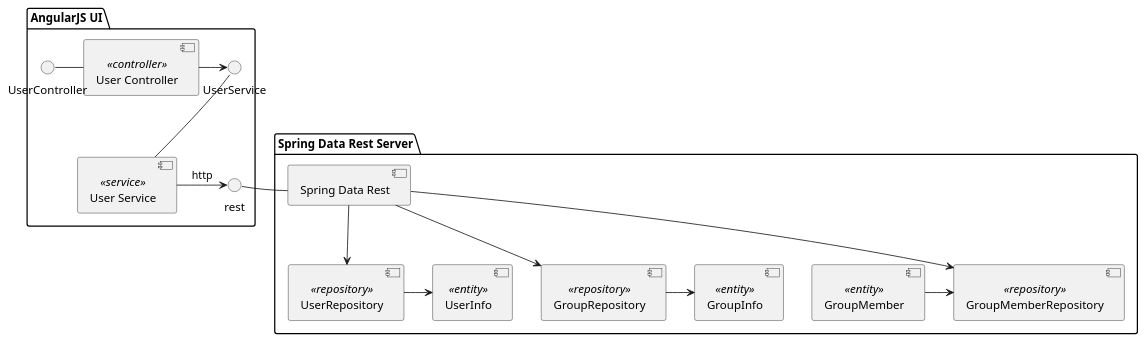
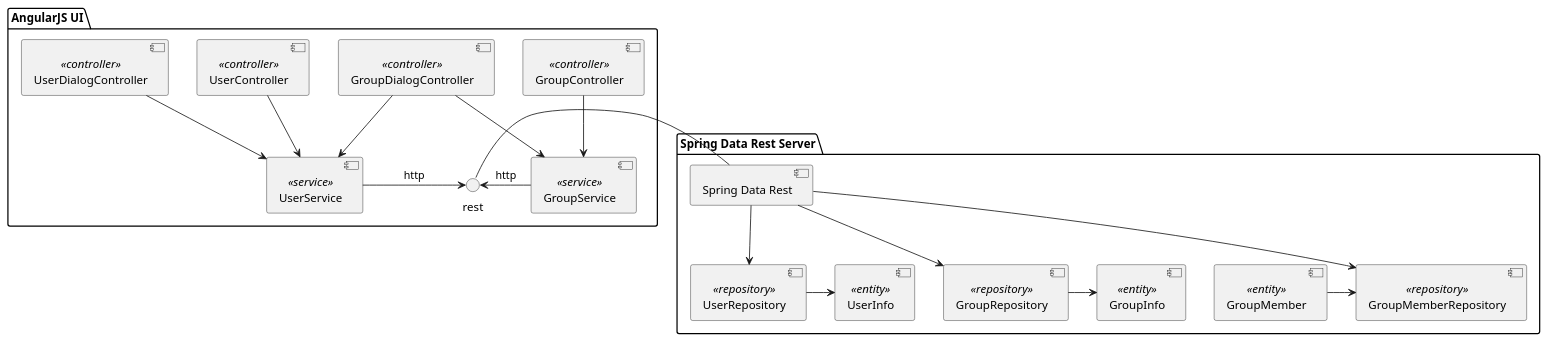
The diagram in src/docs/images/spring-data-rest-demo-components.puml (corneil/spring-data-rest-angular-demo-old), drawn with PlantUML before and after one commit. The commit also changed 5 other files, not shown here.

Commit message:
fix date formatting. updated diagrams

```diff
--- a/src/docs/images/spring-data-rest-demo-components.puml
+++ b/src/docs/images/spring-data-rest-demo-components.puml
@@ -1,28 +1,35 @@
 @startuml
 
 package "AngularJS UI" {
-    [User Controller] << controller >>
-    [User Service] << service >>
-    UserController - [User Controller]
-    UserService -down- [User Service]
-    [User Controller] -> UserService
-    [User Service] -> rest : http
+    [UserController] << controller >>
+    [UserService] << service >>
+    [UserDialogController] << controller >>
+    [UserController] -down-> [UserService]
+    [UserDialogController] -down-> [UserService]
+    [UserService] -right-> rest : http
+    [GroupController] << controller >>
+    [GroupService] << service >>
+    [GroupDialogController] << controller >>
+    [GroupDialogController] -down-> [UserService]
+    [GroupController] -down-> [GroupService]
+    [GroupDialogController] -down-> [GroupService]
+    [GroupService] -left-> rest : http
 }
 
 package "Spring Data Rest Server" {
     [UserInfo] << entity >>
     [GroupInfo] << entity >>
     [GroupMember] << entity >>
     [UserRepository] << repository >>
     [GroupRepository] << repository >>
     [GroupMemberRepository] << repository >>
     [UserRepository] -> [UserInfo]
     [GroupRepository] -> [GroupInfo]
     [GroupMember] -> [GroupMemberRepository]
     rest - [Spring Data Rest]
     [Spring Data Rest] --> [UserRepository]
     [Spring Data Rest] --> [GroupRepository]
     [Spring Data Rest] --> [GroupMemberRepository]
 }
 
 @enduml
```
